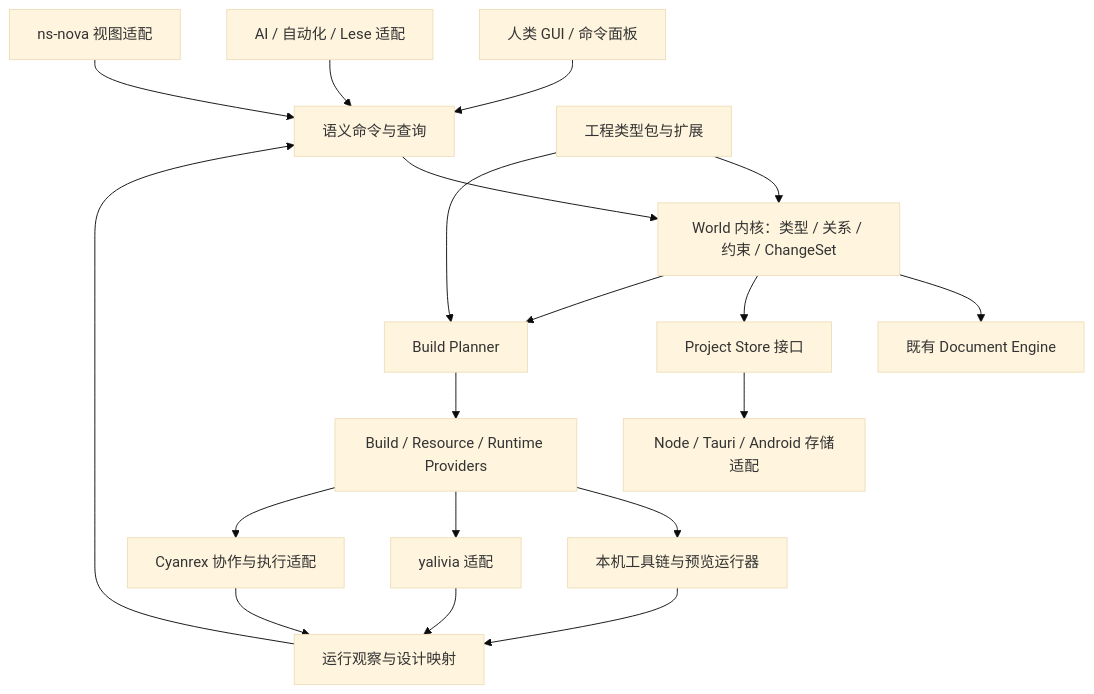
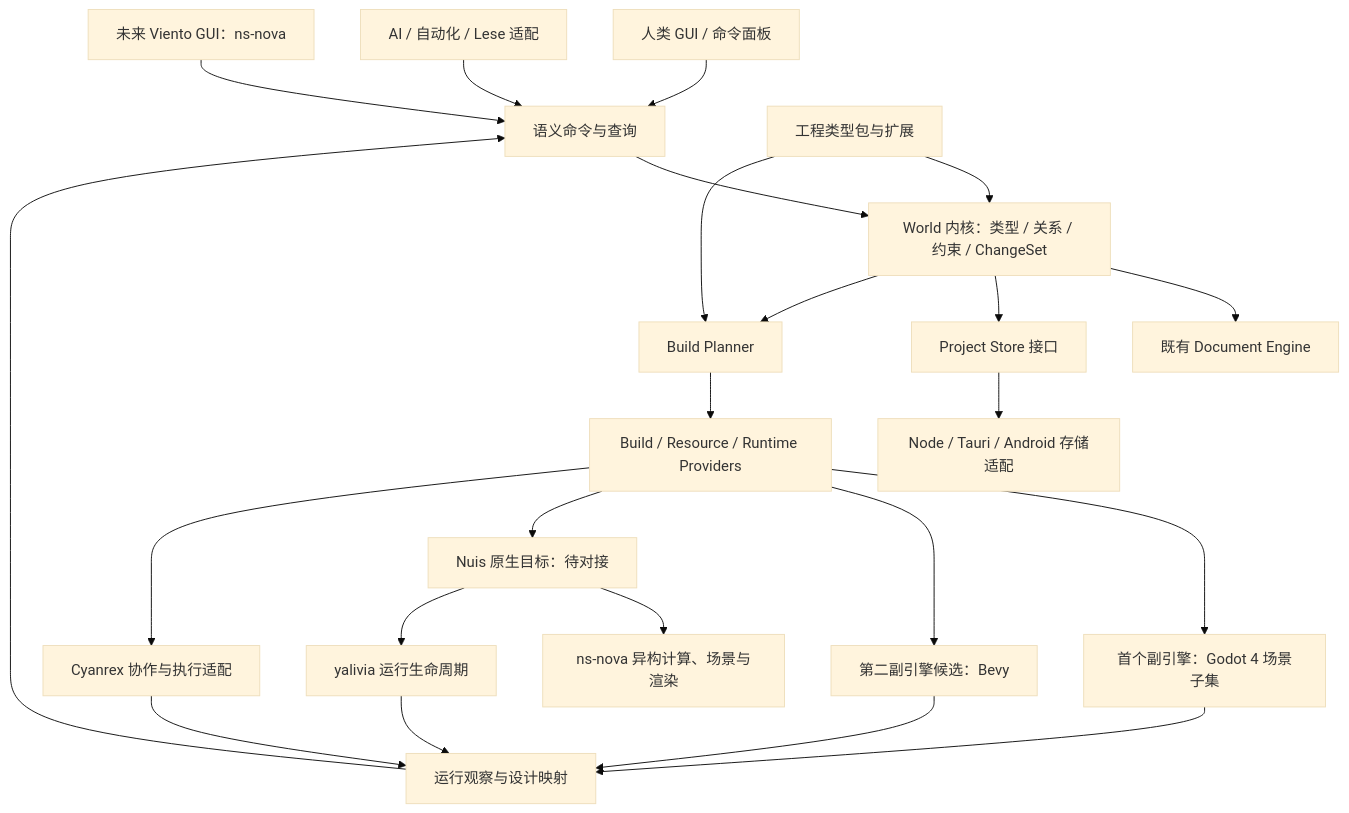
The diagram in docs/NEXT_ARCHITECTURE.zh-CN.md (Team-silvortex/viento-studio), drawn with Mermaid (base theme) before and after one commit. The commit also changed other lines of this file and 301 other files, not shown here.

````diff
--- a/docs/NEXT_ARCHITECTURE.zh-CN.md
+++ b/docs/NEXT_ARCHITECTURE.zh-CN.md
@@ -131,21 +150,25 @@
 ```mermaid
 flowchart TB
     Human[人类 GUI / 命令面板] --> Commands[语义命令与查询]
     AI[AI / 自动化 / Lese 适配] --> Commands
-    Nova[ns-nova 视图适配] --> Commands
+    Nova[未来 Viento GUI：ns-nova] --> Commands
     Commands --> Domain[World 内核：类型 / 关系 / 约束 / ChangeSet]
     Domain --> Docs[既有 Document Engine]
     Domain --> Store[Project Store 接口]
     Domain --> Build[Build Planner]
     Packages[工程类型包与扩展] --> Domain
     Packages --> Build
     Build --> Providers[Build / Resource / Runtime Providers]
-    Providers --> Local[本机工具链与预览运行器]
-    Providers --> Yalivia[yalivia 适配]
+    Providers --> Local[首个副引擎：Godot 4 场景子集]
+    Providers --> Secondary[第二副引擎候选：Bevy]
+    Providers --> Native[Nuis 原生目标：待对接]
+    Native --> NovaScene[ns-nova 异构计算、场景与渲染]
+    Native --> Yalivia[yalivia 运行生命周期]
     Providers --> Cyanrex[Cyanrex 协作与执行适配]
     Store --> Hosts[Node / Tauri / Android 存储适配]
     Local --> Observe[运行观察与设计映射]
+    Secondary --> Observe
     Yalivia --> Observe
     Cyanrex --> Observe
     Observe --> Commands
 ```
````
